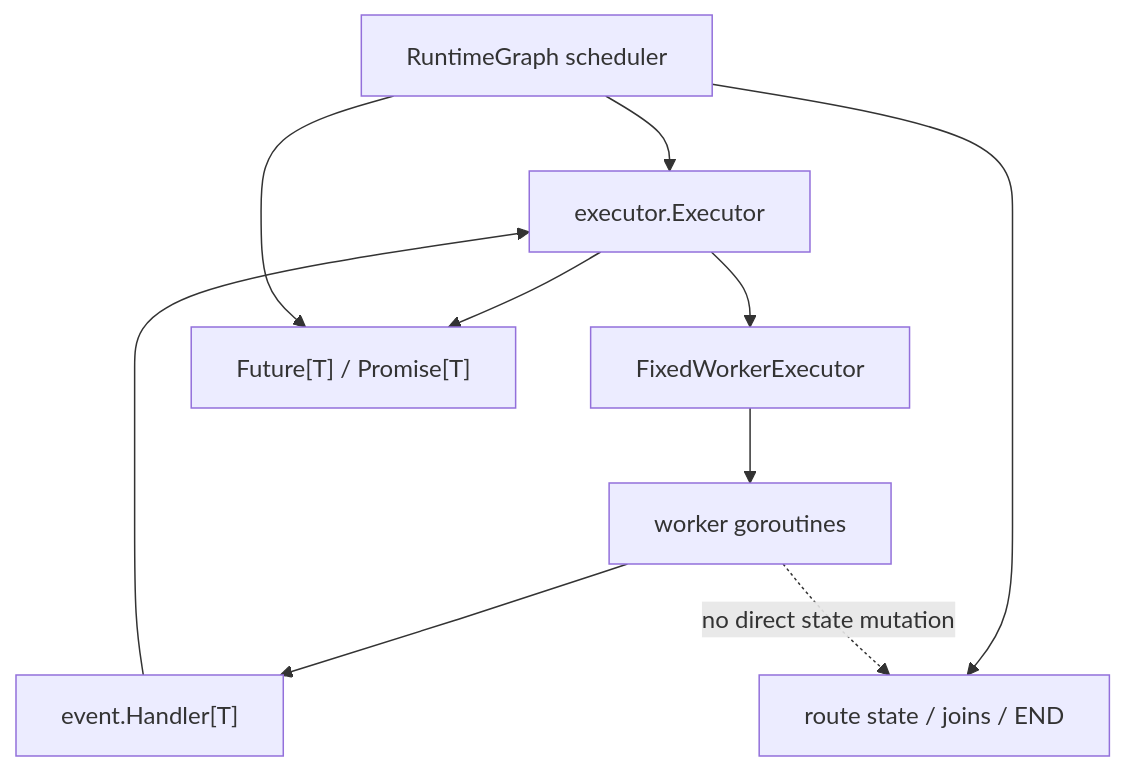
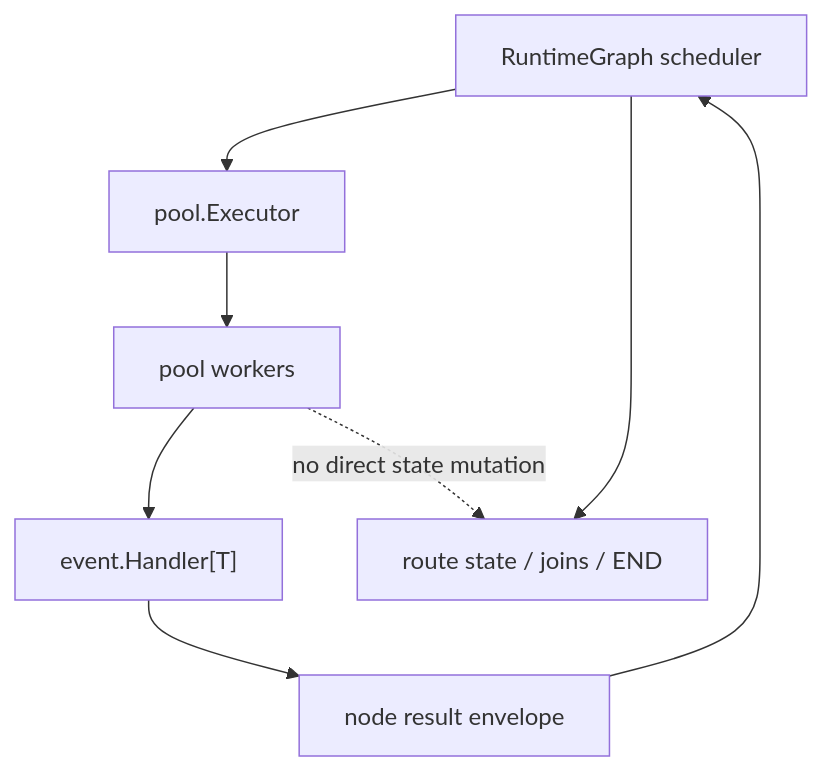
The diagram in docs/superpowers/specs/2026-06-25-disruptor-go-v1.4-executor-design.md (photowey/disruptor.go), drawn with Mermaid before and after one commit. The commit also changed other lines of this file and 32 other files, not shown here.

Commit message:
refactor: use pool.go for runtime graph execution

````diff
--- a/docs/superpowers/specs/2026-06-25-disruptor-go-v1.4-executor-design.md
+++ b/docs/superpowers/specs/2026-06-25-disruptor-go-v1.4-executor-design.md
@@ -16,12 +12,10 @@
 ```mermaid
 flowchart TB
-    Scheduler["RuntimeGraph scheduler"] --> Exec["executor.Executor"]
-    Exec --> Pool["FixedWorkerExecutor"]
-    Pool --> Worker["worker goroutines"]
+    Scheduler["RuntimeGraph scheduler"] --> Pool["pool.Executor"]
+    Pool --> Worker["pool workers"]
     Worker --> Handler["event.Handler[T]"]
-    Handler --> Exec
-    Exec --> Future["Future[T] / Promise[T]"]
-    Scheduler --> Future
+    Handler --> Result["node result envelope"]
+    Result --> Scheduler
     Scheduler --> State["route state / joins / END"]
     Worker -. no direct state mutation .-> State
 ```
````
